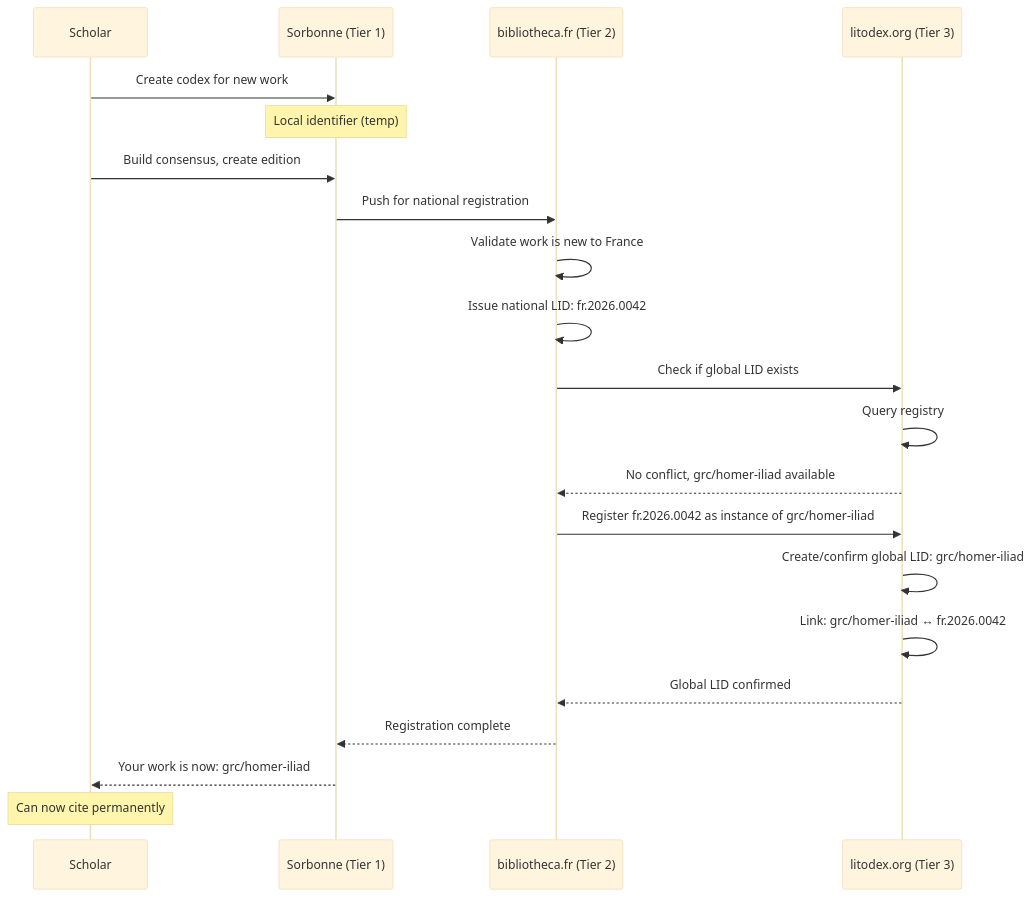
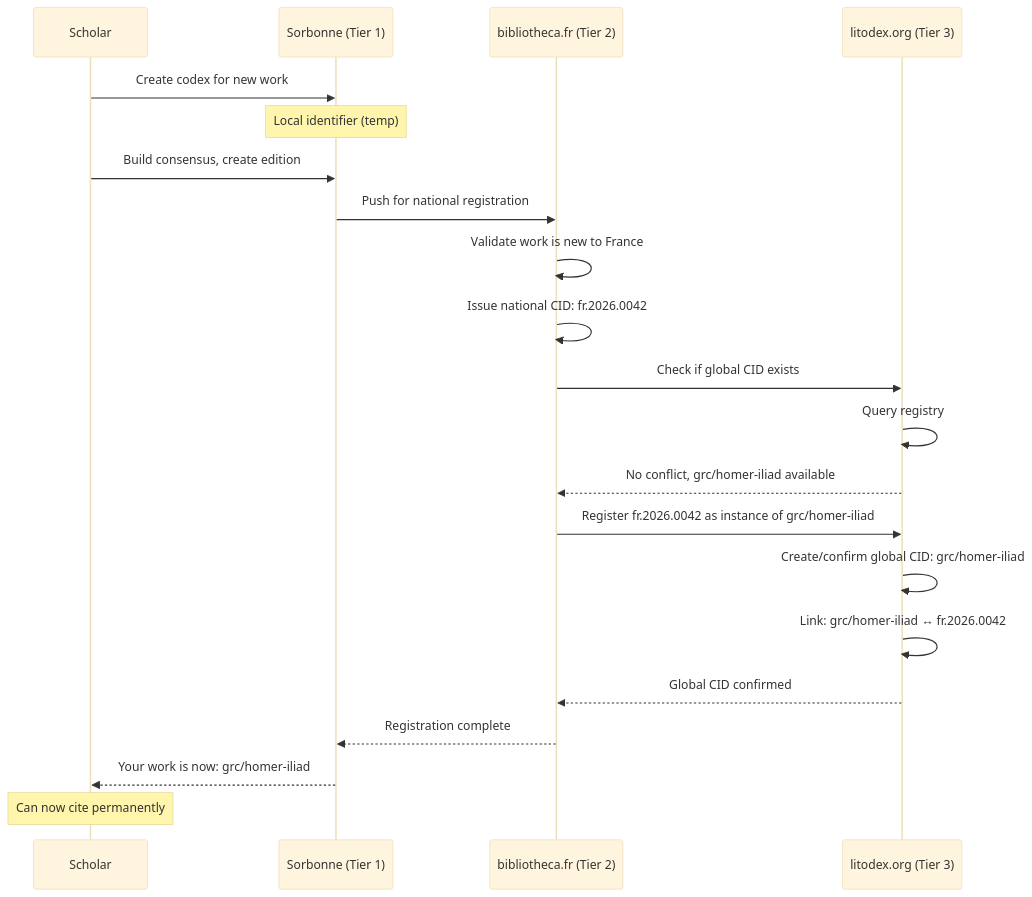
Before and after one commit to deyanovich/litodex: the second of 4 diagrams in README.md, drawn with Mermaid (base theme). The commit also changed other lines of this file, not shown here.

Commit message:
Rename LID->CID

````diff
--- a/README.md
+++ b/README.md
@@ -351,29 +352,29 @@
 ```mermaid
 sequenceDiagram
     participant Scholar
     participant Sorbonne as Sorbonne (Tier 1)
     participant FR as bibliotheca.fr (Tier 2)
     participant INT as litodex.org (Tier 3)
     
     Scholar->>Sorbonne: Create codex for new work
     Note over Sorbonne: Local identifier (temp)
     
     Scholar->>Sorbonne: Build consensus, create edition
     Sorbonne->>FR: Push for national registration
     
     FR->>FR: Validate work is new to France
-    FR->>FR: Issue national LID: fr.2026.0042
+    FR->>FR: Issue national CID: fr.2026.0042
     
-    FR->>INT: Check if global LID exists
+    FR->>INT: Check if global CID exists
     INT->>INT: Query registry
     INT-->>FR: No conflict, grc/homer-iliad available
     
     FR->>INT: Register fr.2026.0042 as instance of grc/homer-iliad
-    INT->>INT: Create/confirm global LID: grc/homer-iliad
+    INT->>INT: Create/confirm global CID: grc/homer-iliad
     INT->>INT: Link: grc/homer-iliad ↔ fr.2026.0042
     
-    INT-->>FR: Global LID confirmed
+    INT-->>FR: Global CID confirmed
     FR-->>Sorbonne: Registration complete
     Sorbonne-->>Scholar: Your work is now: grc/homer-iliad
     Note over Scholar: Can now cite permanently
 ```
````
